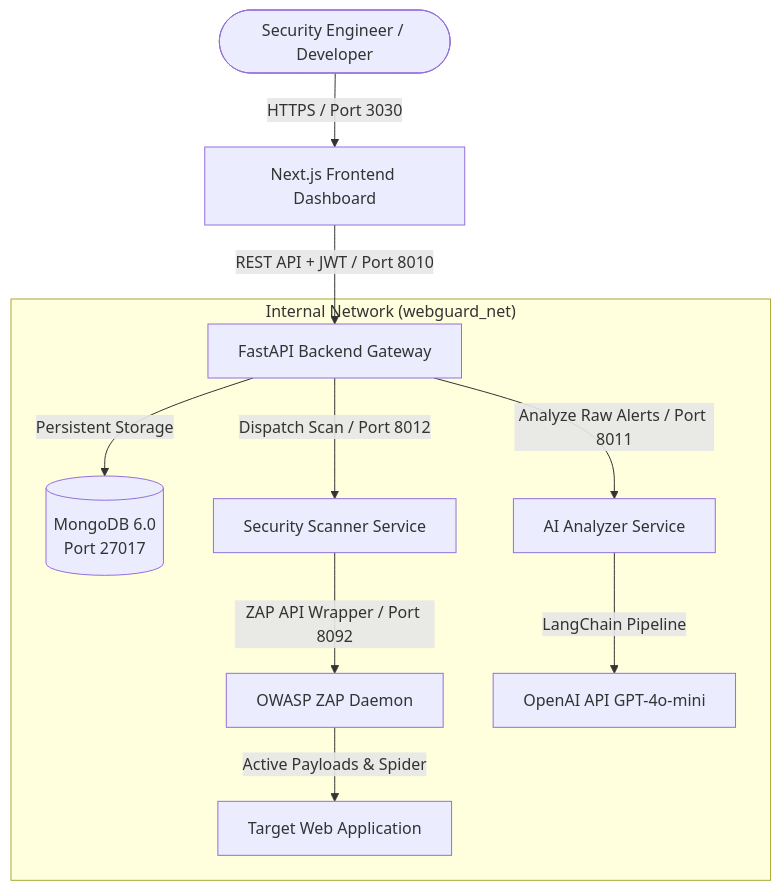
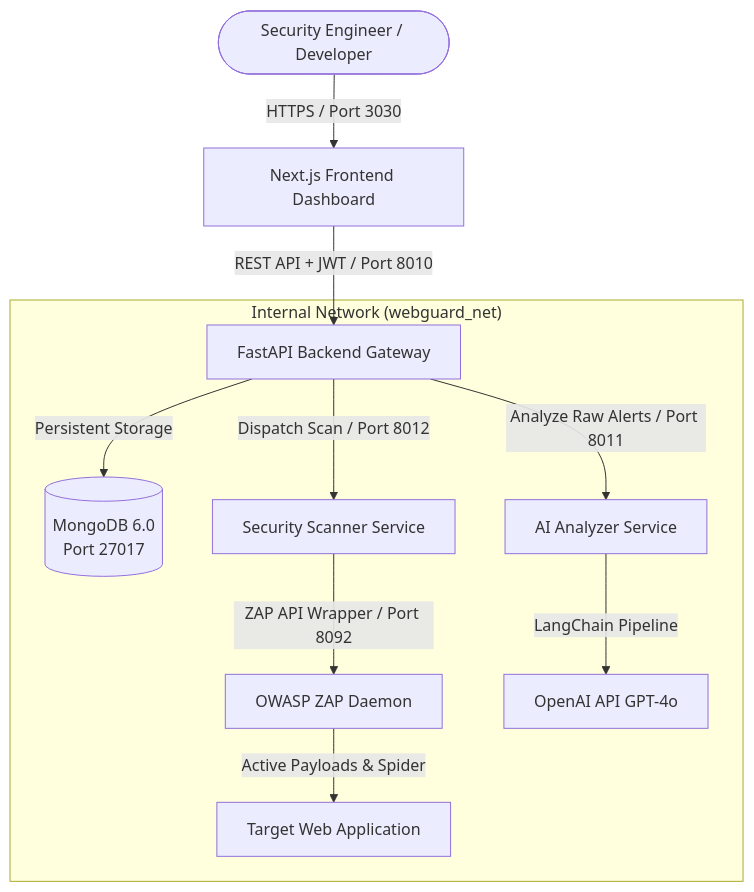
One commit to Ammar-1993/WebGuard-AI changed the first of 2 diagrams in README.md. Above: the diagram before and after it, drawn with Mermaid. The commit also changed other lines of this file and 3 other files, not shown here.

Commit message:
feat: upgrade OpenAI model from gpt-4o-mini to gpt-4o

````diff
--- a/README.md
+++ b/README.md
@@ -46,15 +46,15 @@
 ```mermaid
 graph TD
     User([Security Engineer / Developer]) -->|HTTPS / Port 3030| Frontend[Next.js Frontend Dashboard]
     Frontend -->|REST API + JWT / Port 8010| Backend[FastAPI Backend Gateway]
     
     subgraph "Internal Network (webguard_net)"
         Backend -->|Persistent Storage| MongoDB[(MongoDB 6.0\nPort 27017)]
         Backend -->|Dispatch Scan / Port 8012| ScannerAPI[Security Scanner Service]
         ScannerAPI -->|ZAP API Wrapper / Port 8092| ZAPEngine[OWASP ZAP Daemon]
         ZAPEngine -->|Active Payloads & Spider| TargetWebsite[Target Web Application]
         
         Backend -->|Analyze Raw Alerts / Port 8011| AIAnalyzer[AI Analyzer Service]
-        AIAnalyzer -->|LangChain Pipeline| OpenAIAPI[OpenAI API GPT-4o-mini]
+        AIAnalyzer -->|LangChain Pipeline| OpenAIAPI[OpenAI API GPT-4o]
     end
 ```
````
